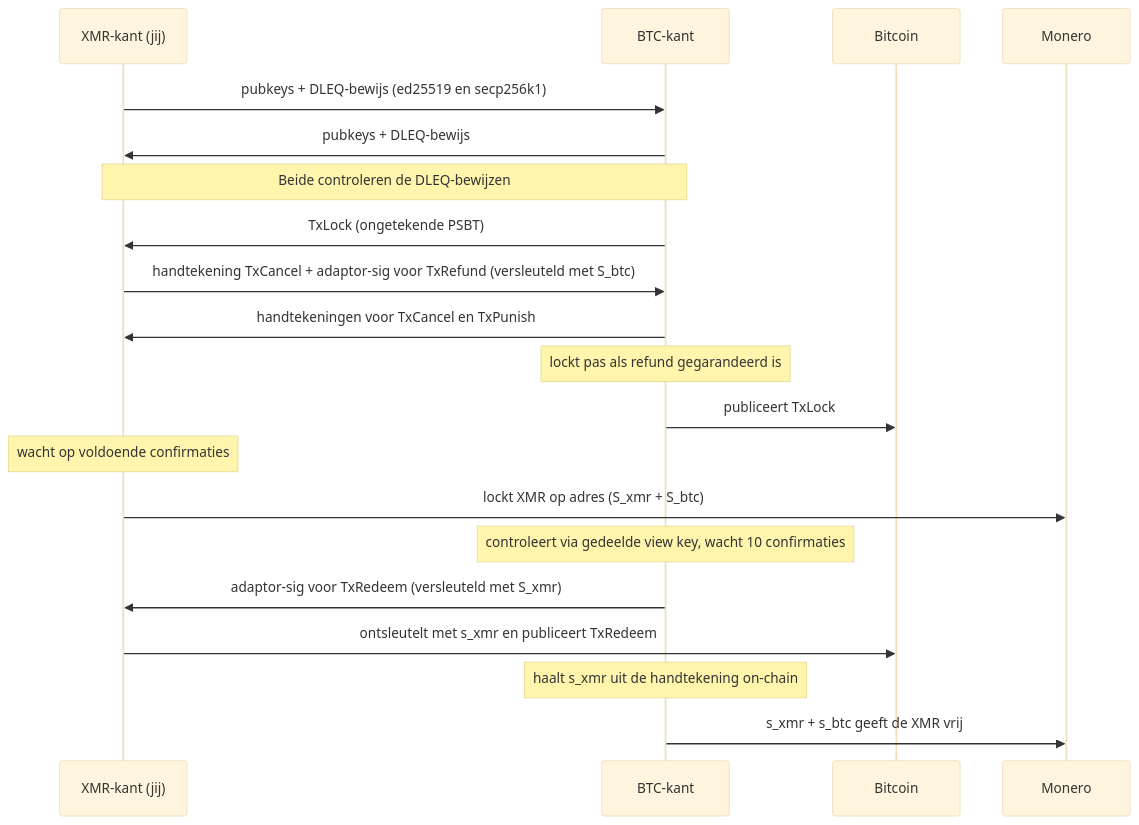
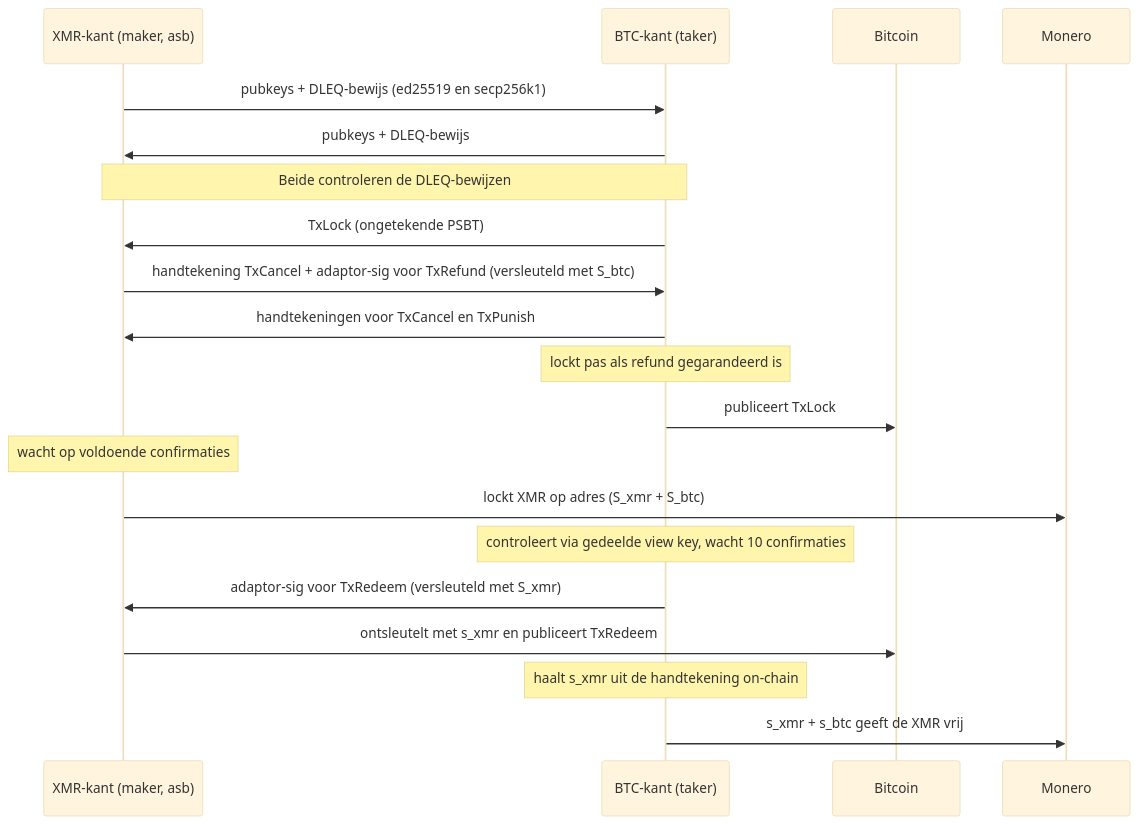
Before and after one commit to bonnevill3/Atomic: the first of 2 diagrams in plan/02-protocol.md, drawn with Mermaid (base theme). The commit also changed other lines of this file and 7 other files, not shown here.

````diff
--- a/plan/02-protocol.md
+++ b/plan/02-protocol.md
@@ -41,23 +41,23 @@
 ```mermaid
 sequenceDiagram
-    participant X as XMR-kant (jij)
-    participant B as BTC-kant
+    participant X as XMR-kant (maker, asb)
+    participant B as BTC-kant (taker)
     participant BTC as Bitcoin
     participant XMR as Monero
 
     X->>B: pubkeys + DLEQ-bewijs (ed25519 en secp256k1)
     B->>X: pubkeys + DLEQ-bewijs
     Note over X,B: Beide controleren de DLEQ-bewijzen
     B->>X: TxLock (ongetekende PSBT)
     X->>B: handtekening TxCancel + adaptor-sig voor TxRefund (versleuteld met S_btc)
     B->>X: handtekeningen voor TxCancel en TxPunish
     Note over B: lockt pas als refund gegarandeerd is
     B->>BTC: publiceert TxLock
     Note over X: wacht op voldoende confirmaties
     X->>XMR: lockt XMR op adres (S_xmr + S_btc)
     Note over B: controleert via gedeelde view key, wacht 10 confirmaties
     B->>X: adaptor-sig voor TxRedeem (versleuteld met S_xmr)
     X->>BTC: ontsleutelt met s_xmr en publiceert TxRedeem
     Note over B: haalt s_xmr uit de handtekening on-chain
     B->>XMR: s_xmr + s_btc geeft de XMR vrij
 ```
````
